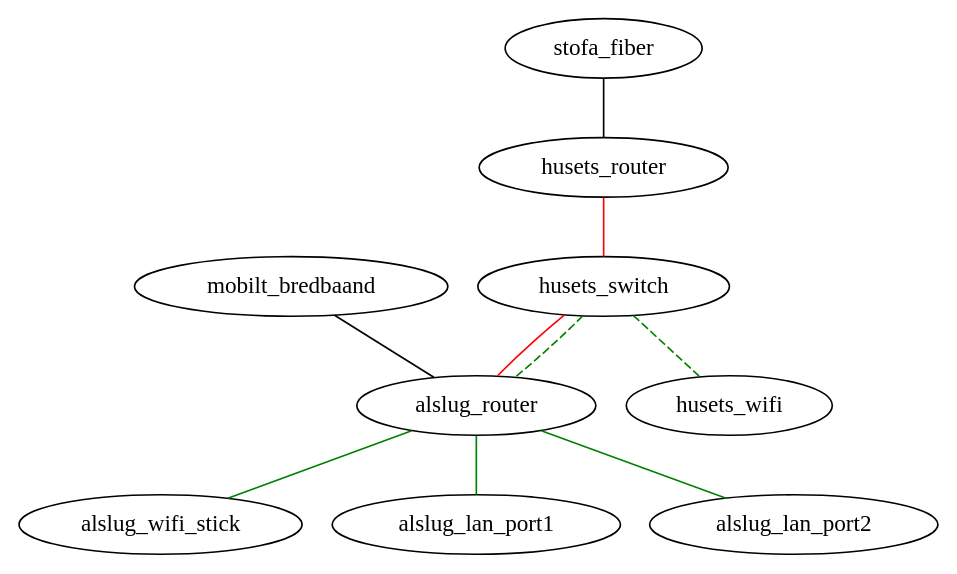
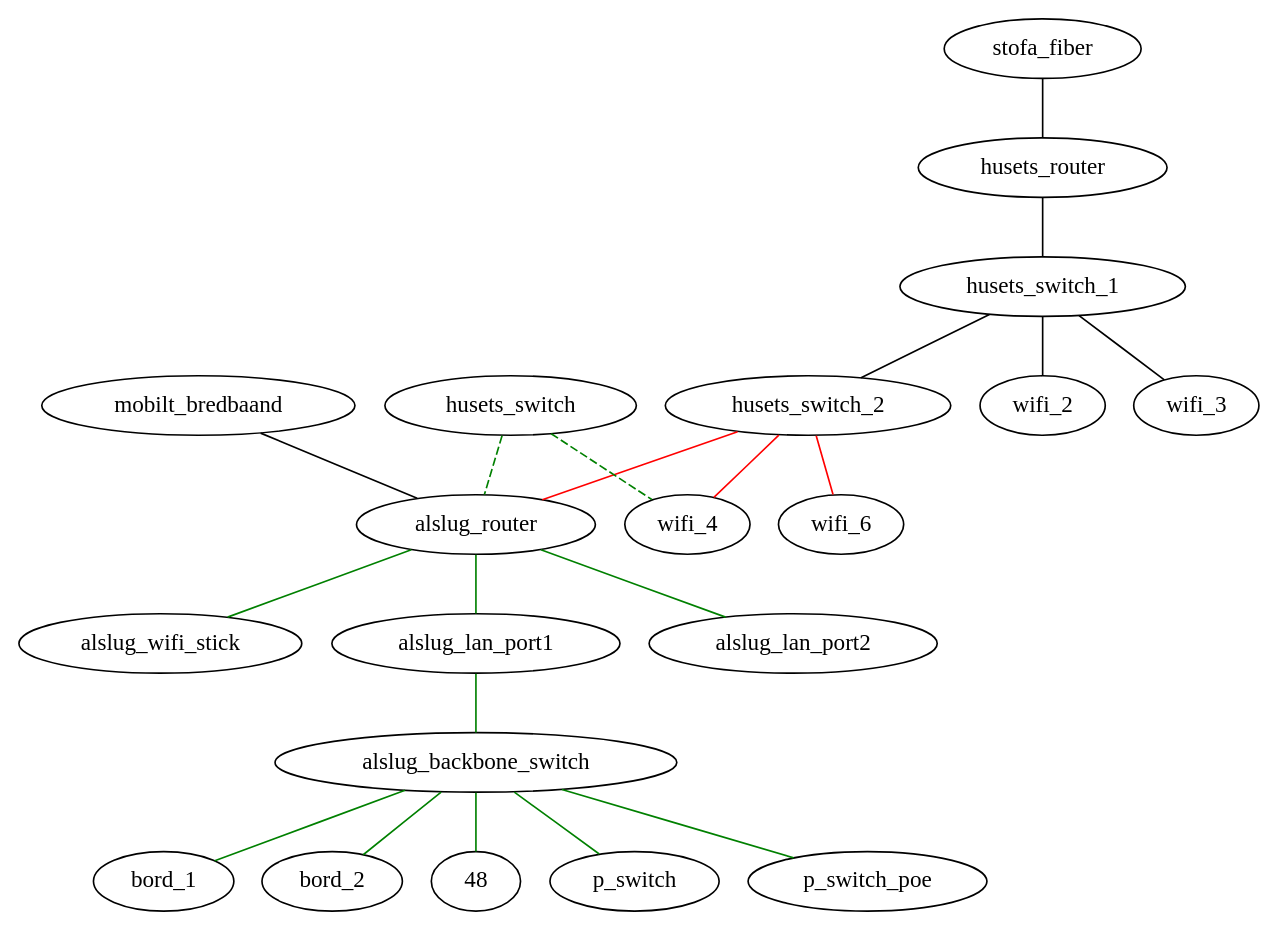
One commit to alslug/alslug.dk changed the diagram in projekter/network.dot. Above: the diagram before and after it, drawn with Graphviz.

```diff
--- a/projekter/network.dot
+++ b/projekter/network.dot
@@ -1,8 +1,19 @@
 digraph xxx {
   edge [ dir=none ];
+  
+  // Internet forbindelser
   stofa_fiber -> husets_router;
-  husets_router -> husets_switch -> alslug_router [ color=red weigth=10 ];
   mobilt_bredbaand -> alslug_router;
-  alslug_router -> { alslug_wifi_stick alslug_lan_port1 alslug_lan_port2 } [ color=green weight=10 ];
-  husets_switch -> { alslug_router husets_wifi } [ color=green style=dashed ];
+  
+  // Husets forbindelser
+  husets_router -> husets_switch_1 -> { husets_switch_2 wifi_2 wifi_3 };
+  husets_switch_2 -> { wifi_4 wifi_6 alslug_router} [ color=red weigth=10 ];
+
+  // VLAN forbindelser over bakkensbros netværk
+  husets_switch -> { alslug_router wifi_4 } [ color=green style=dashed ];
+  
+  // Interne forbindelser
+  edge [ color=green weight=10 ];
+  alslug_router -> { alslug_wifi_stick alslug_lan_port1 alslug_lan_port2 };
+  alslug_lan_port1 -> alslug_backbone_switch -> { bord_1 bord_2 48p_switch 48p_switch_poe }
 }
```
